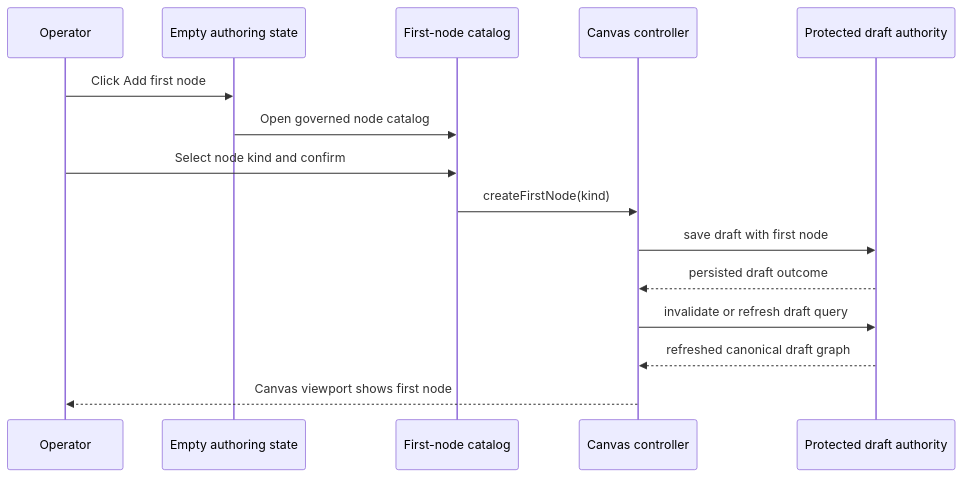
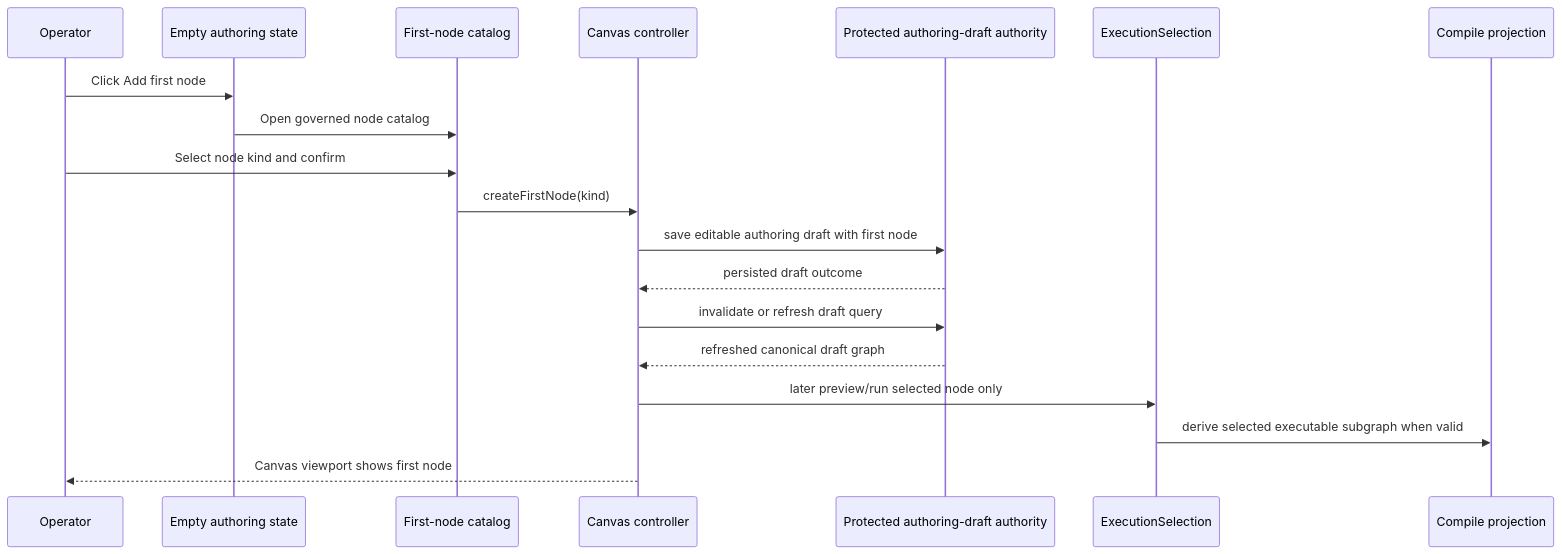
Before and after one commit to dunay2/dvt: the fourth of 4 diagrams in docs/planning/proposals/mandatory/frontend-and-ux/tf-e2-canvas-empty-authoring-entrypoint-design-20260422.md, drawn with Mermaid. The commit also changed other lines of this file and 15 other files, not shown here.

Commit message:
feat(contracts): Add workspace authoring draft aggregate

````diff
--- a/docs/planning/proposals/mandatory/frontend-and-ux/tf-e2-canvas-empty-authoring-entrypoint-design-20260422.md
+++ b/docs/planning/proposals/mandatory/frontend-and-ux/tf-e2-canvas-empty-authoring-entrypoint-design-20260422.md
@@ -314,18 +354,22 @@
 ```mermaid
 sequenceDiagram
   participant User as Operator
   participant Empty as Empty authoring state
   participant Catalog as First-node catalog
   participant Route as Canvas controller
-  participant Draft as Protected draft authority
+  participant Draft as Protected authoring-draft authority
+  participant Selection as ExecutionSelection
+  participant Projection as Compile projection
 
   User->>Empty: Click Add first node
   Empty->>Catalog: Open governed node catalog
   User->>Catalog: Select node kind and confirm
   Catalog->>Route: createFirstNode(kind)
-  Route->>Draft: save draft with first node
+  Route->>Draft: save editable authoring draft with first node
   Draft-->>Route: persisted draft outcome
   Route->>Draft: invalidate or refresh draft query
   Draft-->>Route: refreshed canonical draft graph
+  Route->>Selection: later preview/run selected node only
+  Selection->>Projection: derive selected executable subgraph when valid
   Route-->>User: Canvas viewport shows first node
 ```
````
